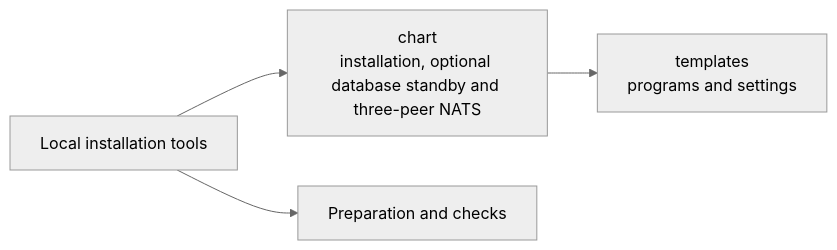
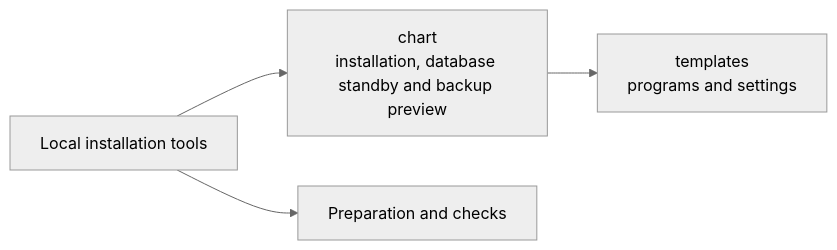
The diagram in infra/package/chart/README.md (elewa-git/opencrane-new), drawn with Mermaid (neutral theme) before and after one commit. The commit also changed other lines of this file and 12 other files, not shown here.

Commit message:
💾 Preview encrypted database backups while installation stays blocked

````diff
--- a/infra/package/chart/README.md
+++ b/infra/package/chart/README.md
@@ -31,6 +32,6 @@
 ```mermaid
 flowchart LR
-  package["Local installation tools"] --> chart["chart<br/>installation, optional database standby and three-peer NATS"]
+  package["Local installation tools"] --> chart["chart<br/>installation, database standby and backup preview"]
   package --> prepare["Preparation and checks"]
   chart --> templates["templates<br/>programs and settings"]
 ```
````
